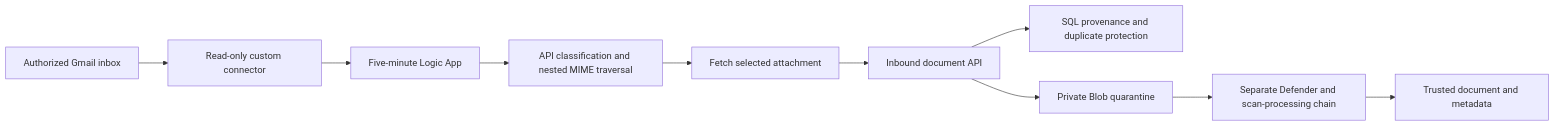
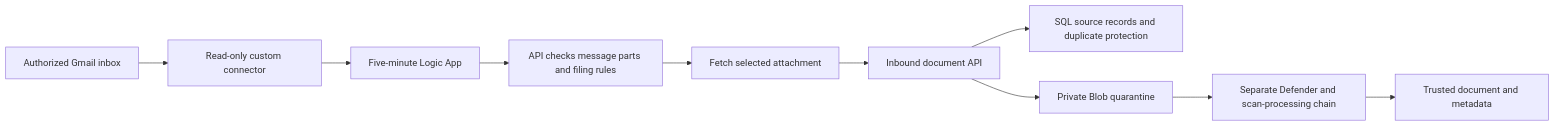
Before and after one commit to truthofsource/azure-logic-apps-document-ingestion: the diagram in README.md, drawn with Mermaid. The commit also changed other lines of this file and 2 other files, not shown here.

````diff
--- a/README.md
+++ b/README.md
@@ -21,12 +21,12 @@
 ```mermaid
 flowchart LR
   Mail[Authorized Gmail inbox] --> Connector[Read-only custom connector]
   Connector --> Logic[Five-minute Logic App]
-  Logic --> Planner[API classification and nested MIME traversal]
+  Logic --> Planner[API checks message parts and filing rules]
   Planner --> Selected[Fetch selected attachment]
   Selected --> API[Inbound document API]
-  API --> Ledger[SQL provenance and duplicate protection]
+  API --> Ledger[SQL source records and duplicate protection]
   API --> Quarantine[Private Blob quarantine]
   Quarantine --> Scan[Separate Defender and scan-processing chain]
   Scan --> Trusted[Trusted document and metadata]
 ```
````
